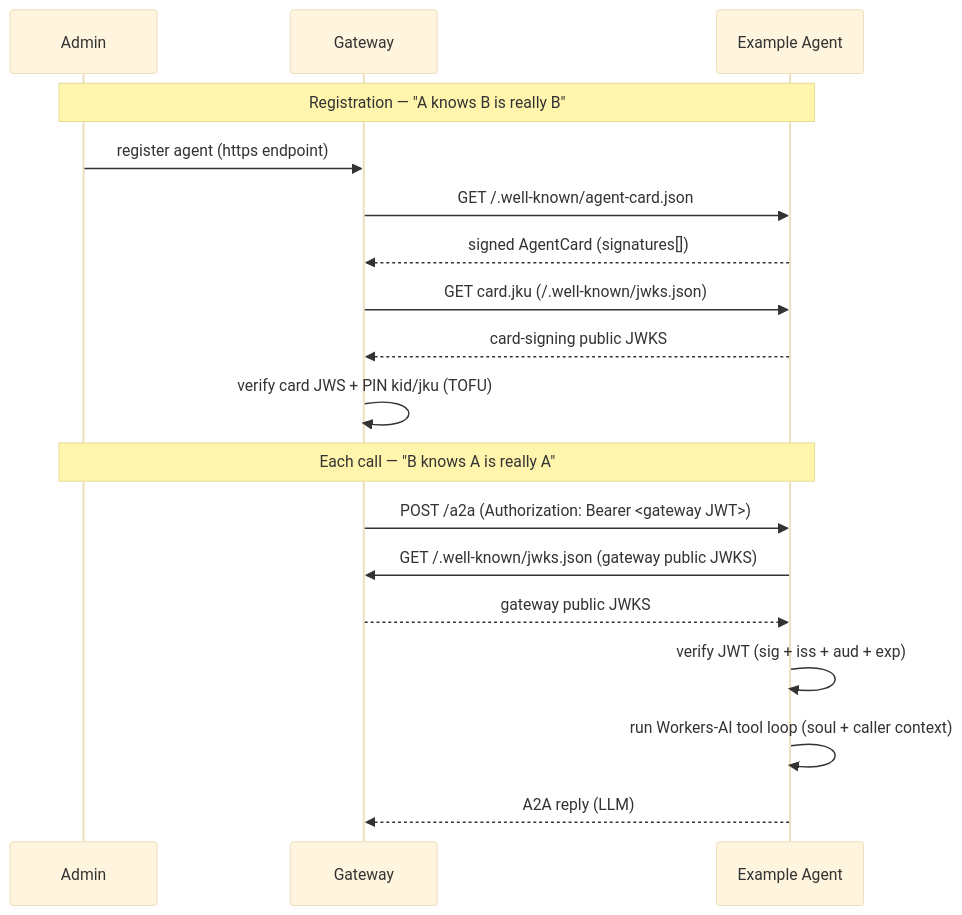
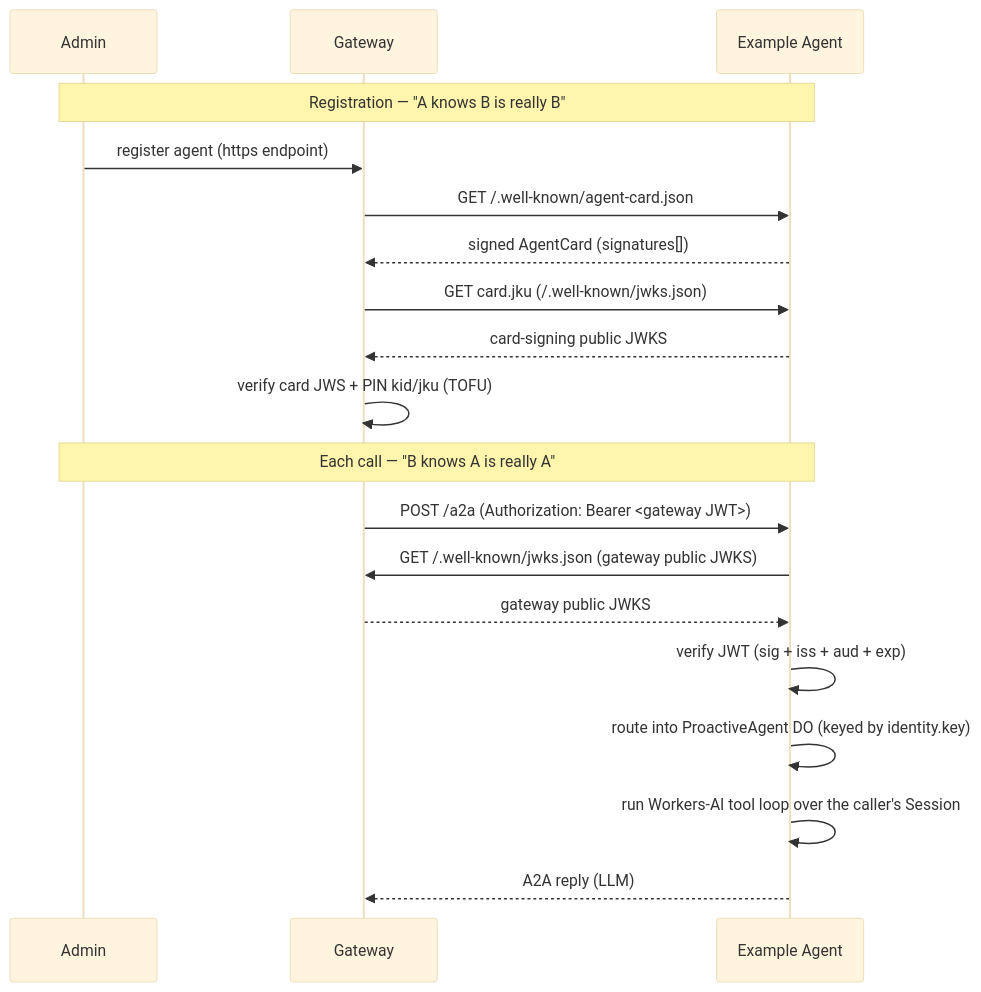
One commit to Looping-AI/proactive-agent changed the diagram in ARCHITECTURE.md. Above: the diagram before and after it, drawn with Mermaid (base theme). The commit also changed other lines of this file and 46 other files, not shown here.

````diff
--- a/ARCHITECTURE.md
+++ b/ARCHITECTURE.md
@@ -5,22 +5,23 @@
 ```mermaid
 sequenceDiagram
     participant Admin
     participant Gateway
     participant Agent as Example Agent
 
     Note over Admin,Agent: Registration — "A knows B is really B"
     Admin->>Gateway: register agent (https endpoint)
     Gateway->>Agent: GET /.well-known/agent-card.json
     Agent-->>Gateway: signed AgentCard (signatures[])
     Gateway->>Agent: GET card.jku (/.well-known/jwks.json)
     Agent-->>Gateway: card-signing public JWKS
     Gateway->>Gateway: verify card JWS + PIN kid/jku (TOFU)
 
     Note over Admin,Agent: Each call — "B knows A is really A"
     Gateway->>Agent: POST /a2a (Authorization: Bearer <gateway JWT>)
     Agent->>Gateway: GET /.well-known/jwks.json (gateway public JWKS)
     Gateway-->>Agent: gateway public JWKS
     Agent->>Agent: verify JWT (sig + iss + aud + exp)
-    Agent->>Agent: run Workers-AI tool loop (soul + caller context)
+    Agent->>Agent: route into ProactiveAgent DO (keyed by identity.key)
+    Agent->>Agent: run Workers-AI tool loop over the caller's Session
     Agent-->>Gateway: A2A reply (LLM)
 ```
````
